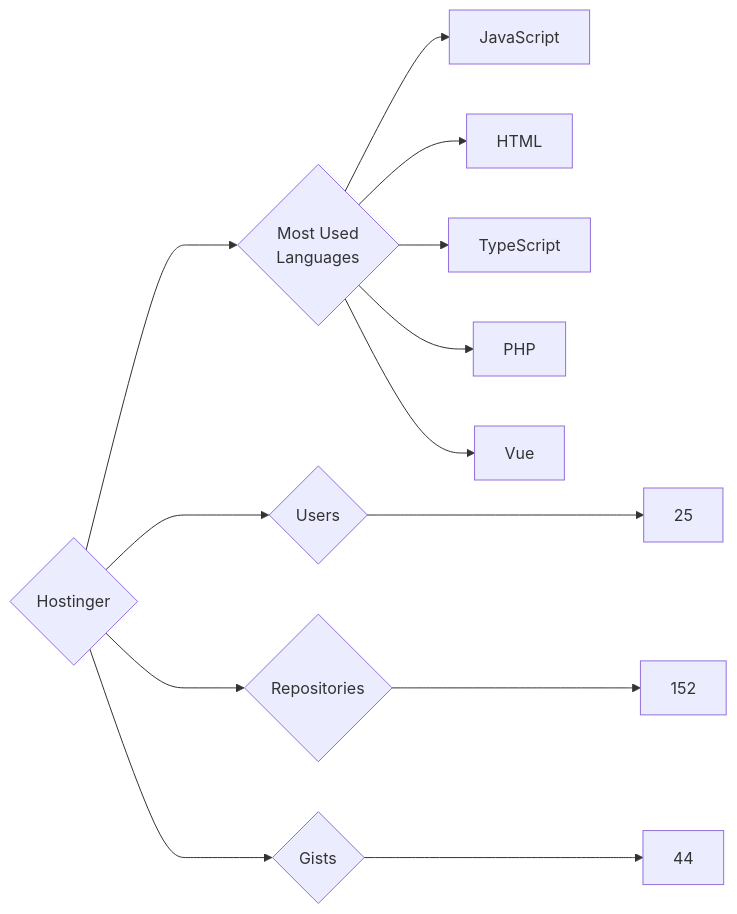
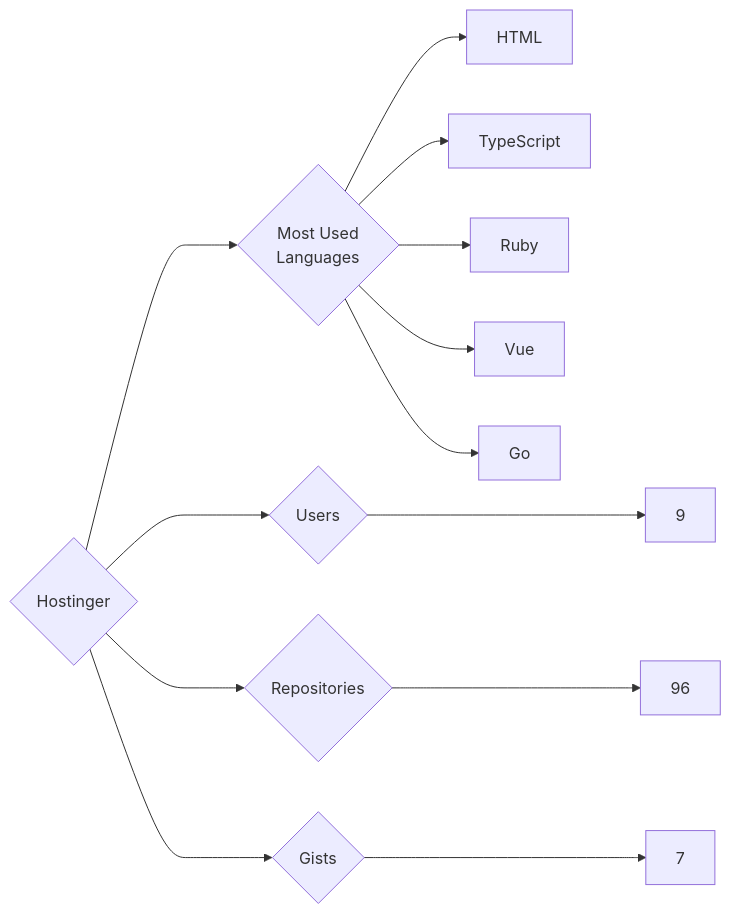
One commit to trickest/insiders changed the diagram in targets/Hostinger/README.md. Above: the diagram before and after it, drawn with Mermaid. The commit also changed 614 other files, not shown here.

````diff
--- a/targets/Hostinger/README.md
+++ b/targets/Hostinger/README.md
@@ -3,13 +3,13 @@
 ```mermaid
 graph LR
 COMPANY_NAME{Hostinger}
-COMPANY_NAME ---> U{Users} ---> UN[25]
-COMPANY_NAME ---> R{Repositories} ---> RN[152]
-COMPANY_NAME ---> G{Gists} ---> GN[44]
+COMPANY_NAME ---> U{Users} ---> UN[9]
+COMPANY_NAME ---> R{Repositories} ---> RN[96]
+COMPANY_NAME ---> G{Gists} ---> GN[7]
 COMPANY_NAME ---> ML{Most Used<br>Languages}
-ML --> JavaScript[JavaScript]
 ML --> HTML[HTML]
 ML --> TypeScript[TypeScript]
-ML --> PHP[PHP]
+ML --> Ruby[Ruby]
 ML --> Vue[Vue]
+ML --> Go[Go]
 ```
````
